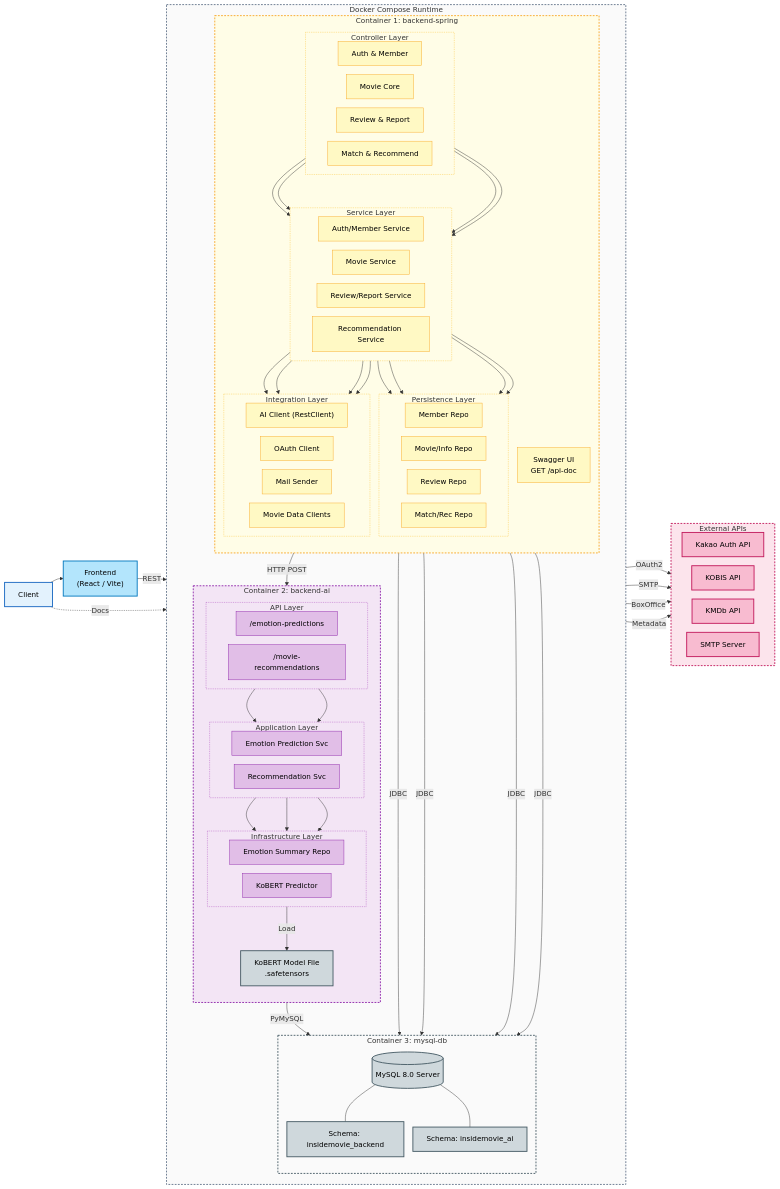
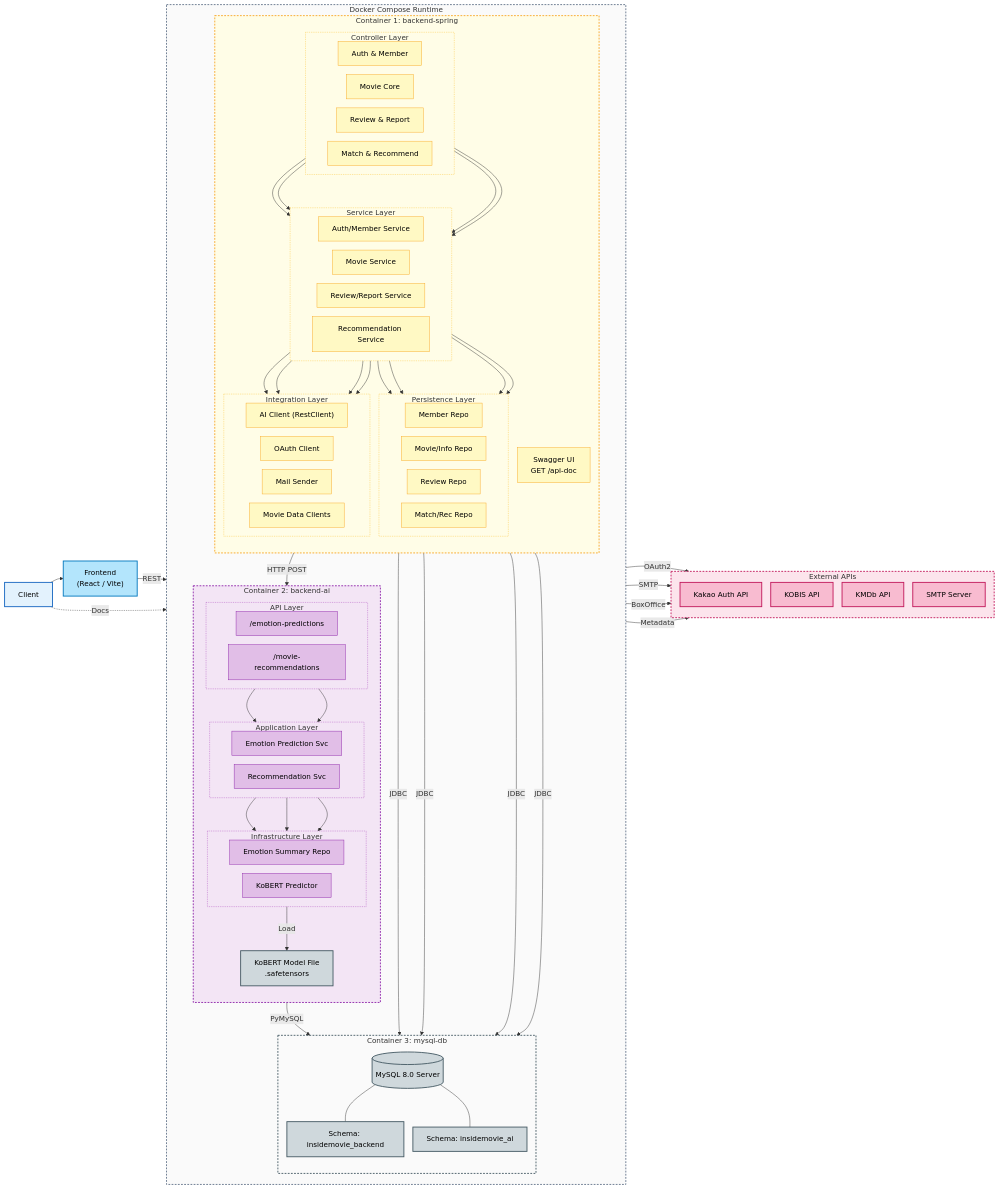
Before and after one commit to Gumraze-git/devlog: the diagram in posts/projects/movie-platform.md, drawn with Mermaid.

Commit message:
docs(mermaid): External APIs 노드를 세로 정렬로 변경
- External APIs subgraph 방향을 LR에서 TB로 변경
- 내부 API 박스(Kakao/KOBIS/KMDb/SMTP)가 세로로 쌓이도록 정렬
- 기존 연결선 의미와 스타일은 유지

```diff
--- a/posts/projects/movie-platform.md
+++ b/posts/projects/movie-platform.md
@@ -113,7 +113,7 @@
   end
 
   subgraph EXT["External APIs"]
-    direction LR
+    direction TB
     ExtKakao["Kakao Auth API"]
     ExtKOBIS["KOBIS API"]
     ExtKMDb["KMDb API"]
```
